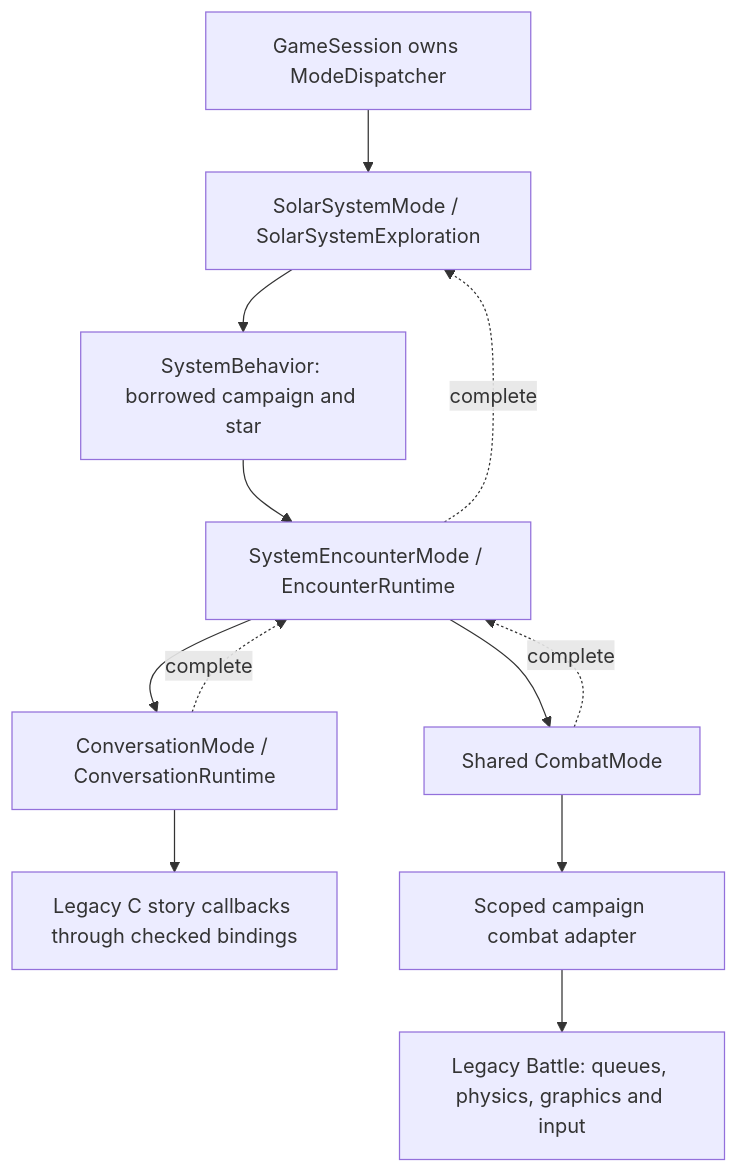
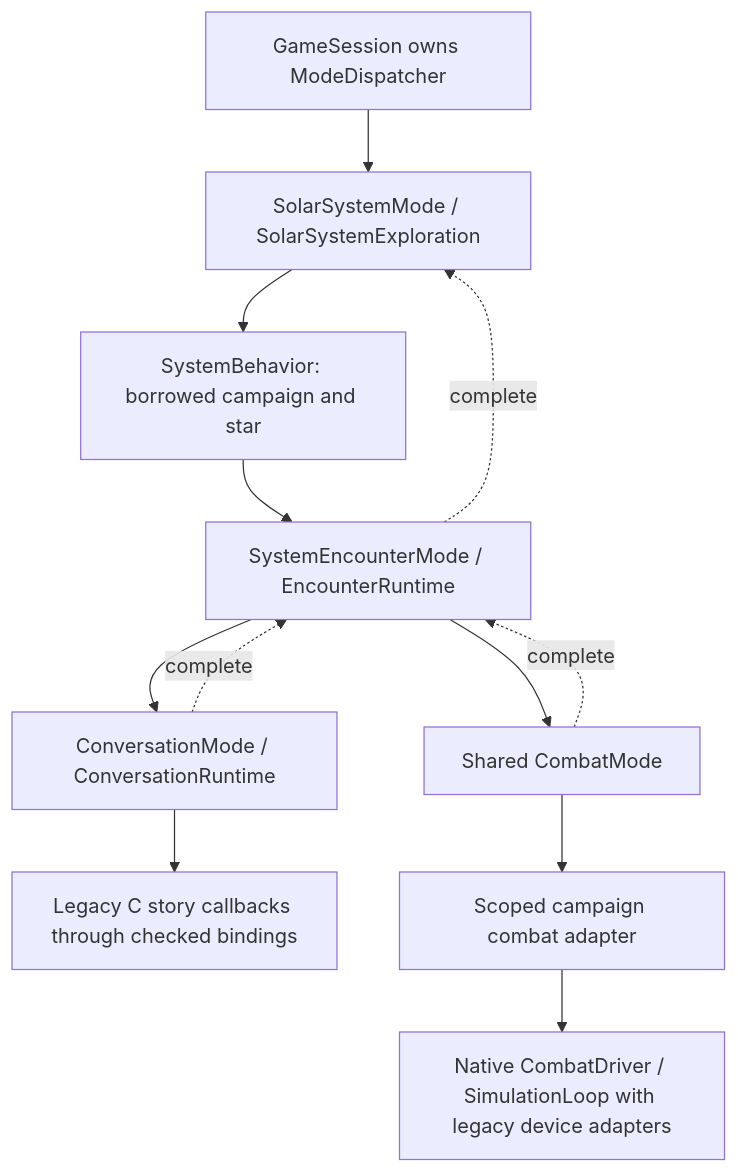
One commit to yost-jacob/uqm-cpp17 changed the diagram in docs/design/encapsulation-roadmap.md. Above: the diagram before and after it, drawn with Mermaid. The commit also changed other lines of this file and 28 other files, not shown here.

Commit message:
Replace the C battle driver with native orchestration and frame loop

````diff
--- a/docs/design/encapsulation-roadmap.md
+++ b/docs/design/encapsulation-roadmap.md
@@ -13,14 +13,14 @@
 ```mermaid
 flowchart TD
     Session[GameSession owns ModeDispatcher] --> Explore[SolarSystemMode / SolarSystemExploration]
     Explore --> Behavior[SystemBehavior: borrowed campaign and star]
     Behavior --> Encounter[SystemEncounterMode / EncounterRuntime]
     Encounter --> Conversation[ConversationMode / ConversationRuntime]
     Encounter --> Combat[Shared CombatMode]
     Conversation --> Scripts[Legacy C story callbacks through checked bindings]
     Combat --> Backend[Scoped campaign combat adapter]
-    Backend --> Engine[Legacy Battle: queues, physics, graphics and input]
+    Backend --> Engine[Native CombatDriver / SimulationLoop with legacy device adapters]
     Conversation -. complete .-> Encounter
     Combat -. complete .-> Encounter
     Encounter -. complete .-> Explore
 ```
````
